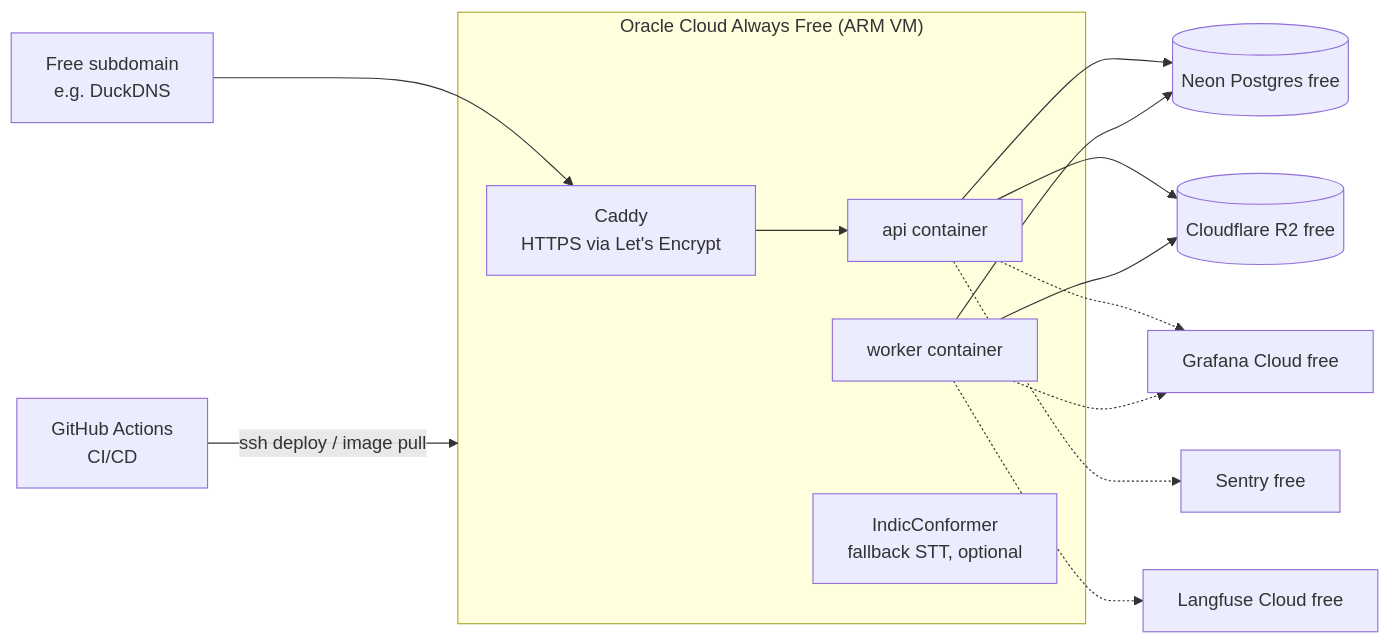
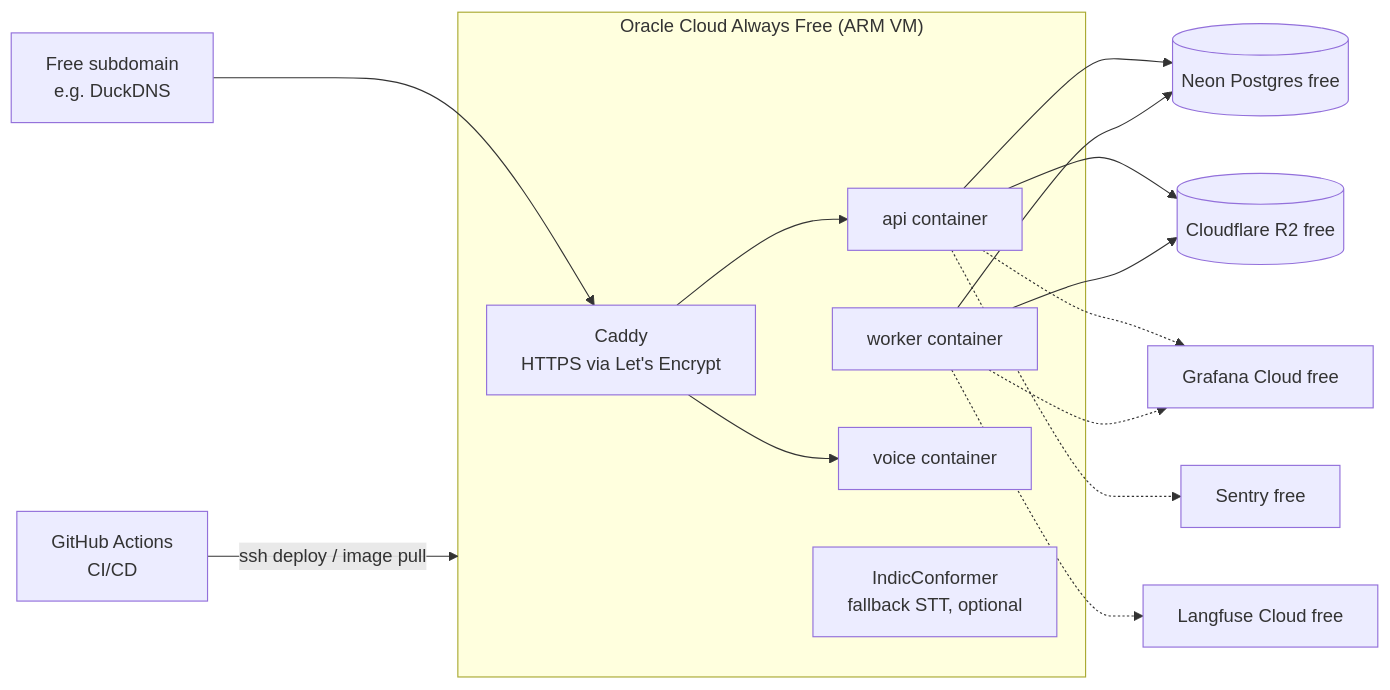
The fifth of 5 diagrams in docs/03-architecture.md (TharunMurugesh/handel), drawn with Mermaid before and after one commit. The commit also changed other lines of this file and 3 other files, not shown here.

````diff
--- a/docs/03-architecture.md
+++ b/docs/03-architecture.md
@@ -414,27 +496,29 @@
 ```mermaid
 flowchart LR
     subgraph OCI["Oracle Cloud Always Free (ARM VM)"]
       CADDY[Caddy<br/>HTTPS via Let's Encrypt]
       API[api container]
       WORKER[worker container]
+      VOICE[voice container]
       STT[IndicConformer<br/>fallback STT, optional]
     end
     NEON[(Neon Postgres free)]
     R2[(Cloudflare R2 free)]
     DNS[Free subdomain<br/>e.g. DuckDNS]
     GRAF[Grafana Cloud free]
     SEN[Sentry free]
     LF[Langfuse Cloud free]
     GH[GitHub Actions<br/>CI/CD]
 
     DNS --> CADDY --> API
+    CADDY --> VOICE
     API --> NEON
     WORKER --> NEON
     API --> R2
     WORKER --> R2
     API -.-> GRAF
     WORKER -.-> GRAF
     WORKER -.-> LF
     API -.-> SEN
     GH -->|ssh deploy / image pull| OCI
 ```
````
